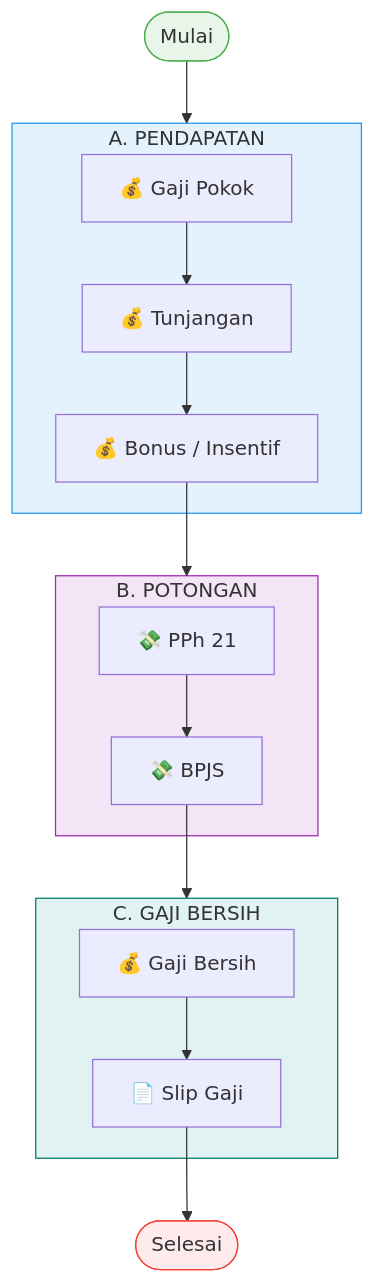
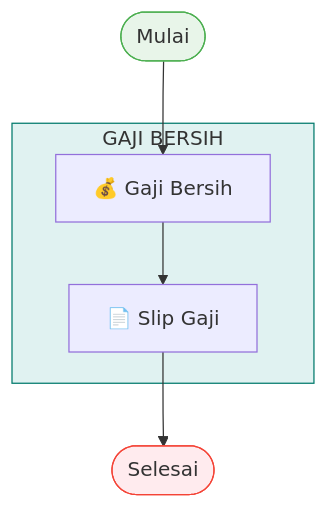
The diagram in Diagram/01-finance/payroll-staff-dan-dokter.mmd (mad-af/sim-clinic-documentation), drawn with Mermaid before and after one commit. The commit also changed 2 other files, not shown here.

Commit message:
Refactor finance and pharmacy diagrams
The diagrams for payroll and pharmacy processes have been significantly
refactored for clarity and accuracy.

In the payroll diagram, explicit `subgraph` definitions for "Pendapatan"
and "Potongan" were removed as the flow is now more direct. The entry
point for the calculation has been clarified.

The "Obat Racikan" diagram has undergone a major restructure to better
represent the flow of dispensing. Key changes include a more logical
progression from ingredient checking to final dispensing and stock
reduction. Annotations regarding medication residue were also updated.

The "

```diff
--- a/Diagram/01-finance/payroll-staff-dan-dokter.mmd
+++ b/Diagram/01-finance/payroll-staff-dan-dokter.mmd
@@ -1,28 +1,28 @@
 flowchart TD
-    Start([Mulai]) --> A_Pendapatan
+    Start([Mulai]) --> C1
 
-    subgraph A_Pendapatan["A. PENDAPATAN"]
-        A1["💰 Gaji Pokok"] --> A2["💰 Tunjangan"]
-        A2 --> A3["💰 Bonus / Insentif"]
-    end
+    %% subgraph A_Pendapatan["A. PENDAPATAN"]
+    %%     A1["💰 Gaji Pokok"] --> A2["💰 Tunjangan"]
+    %%     A2 --> A3["💰 Bonus / Insentif"]
+    %% end
 
-    A3 --> B_Potongan
+    %% A3 --> B_Potongan
 
-    subgraph B_Potongan["B. POTONGAN"]
-        B1["💸 PPh 21"] --> B2["💸 BPJS"]
-    end
+    %% subgraph B_Potongan["B. POTONGAN"]
+    %%     B1["💸 PPh 21"] --> B2["💸 BPJS"]
+    %% end
 
-    B2 --> C_Selesai
+    %% B2 --> C_Selesai
 
-    subgraph C_Selesai["C. GAJI BERSIH"]
+    subgraph C_Selesai["GAJI BERSIH"]
         C1["💰 Gaji Bersih"] --> C2["📄 Slip Gaji"]
     end
 
     C2 --> End([Selesai])
 
     %% ==================== STYLES ====================
     style Start fill:#E8F5E9,stroke:#4CAF50
     style End fill:#FFEBEE,stroke:#F44336
-    style A_Pendapatan fill:#E3F2FD,stroke:#2196F3
-    style B_Potongan fill:#F3E5F5,stroke:#9C27B0
+    %% style A_Pendapatan fill:#E3F2FD,stroke:#2196F3
+    %% style B_Potongan fill:#F3E5F5,stroke:#9C27B0
     style C_Selesai fill:#E0F2F1,stroke:#00796B
```
